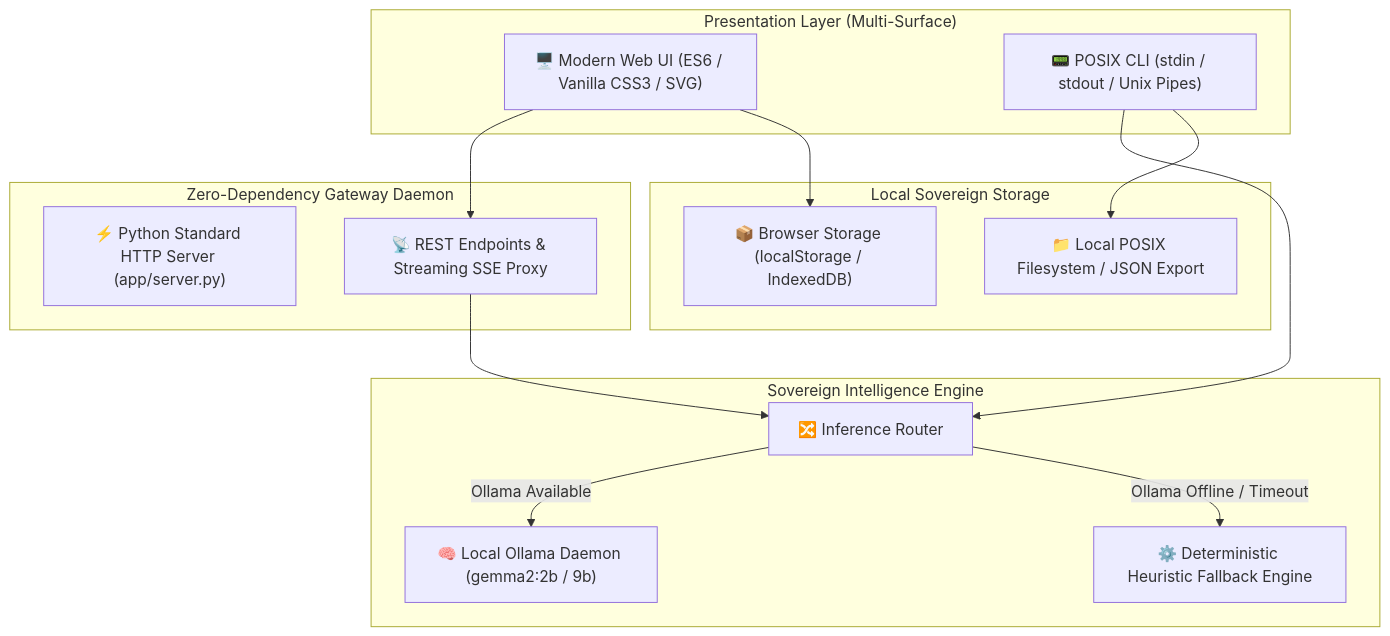
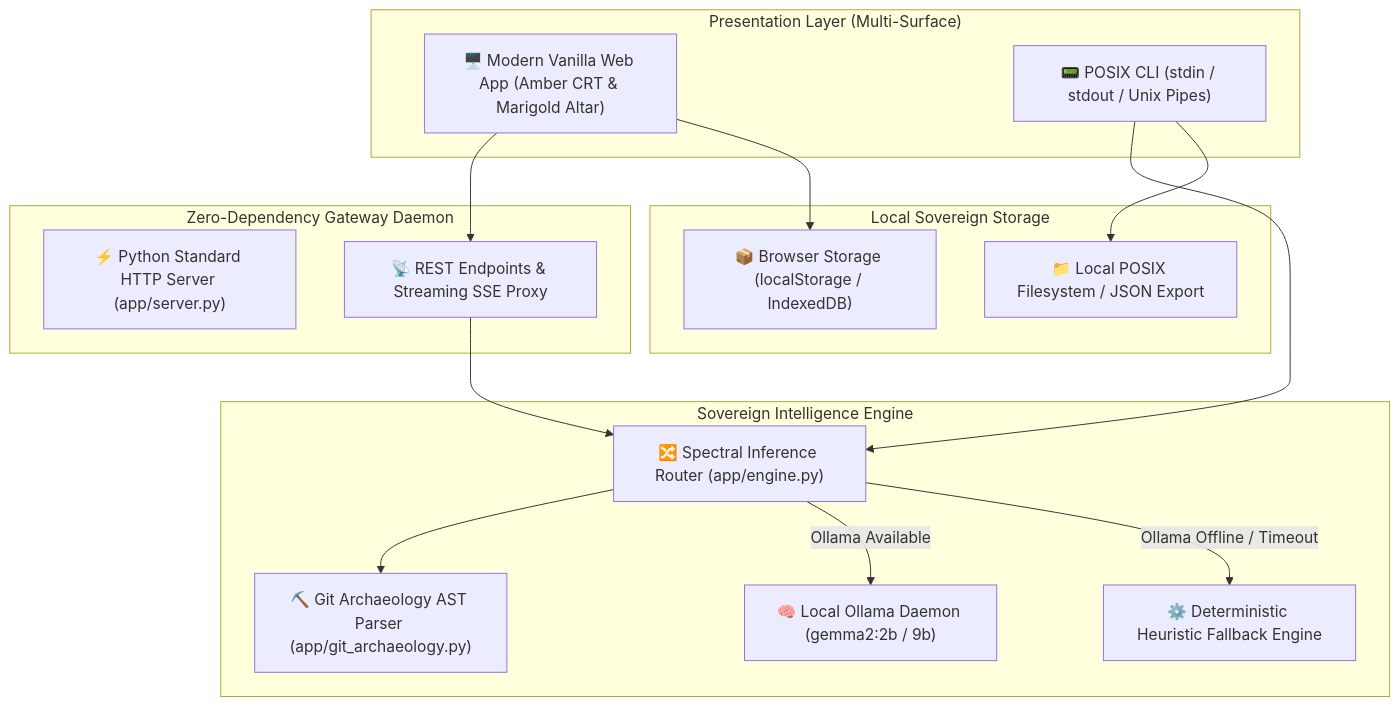
One commit to XiaoArnav/necrogit changed the first of 3 diagrams in ARCHITECTURE.md. Above: the diagram before and after it, drawn with Mermaid. The commit also changed other lines of this file and 3 other files, not shown here.

````diff
--- a/ARCHITECTURE.md
+++ b/ARCHITECTURE.md
@@ -18,31 +19,33 @@
 ```mermaid
 flowchart TD
     subgraph Presentation ["Presentation Layer (Multi-Surface)"]
-        UI["🖥️ Modern Web UI (ES6 / Vanilla CSS3 / SVG)"]
+        UI["🖥️ Modern Vanilla Web App (Amber CRT & Marigold Altar)"]
         CLI["📟 POSIX CLI (stdin / stdout / Unix Pipes)"]
     end
 
     subgraph Gateway ["Zero-Dependency Gateway Daemon"]
         SRV["⚡ Python Standard HTTP Server (app/server.py)"]
         API["📡 REST Endpoints & Streaming SSE Proxy"]
     end
 
     subgraph Engine ["Sovereign Intelligence Engine"]
-        ROUTER["🔀 Inference Router"]
+        EXCAVATOR["⛏️ Git Archaeology AST Parser (app/git_archaeology.py)"]
+        ROUTER["🔀 Spectral Inference Router (app/engine.py)"]
         OLLAMA["🧠 Local Ollama Daemon (gemma2:2b / 9b)"]
         FALLBACK["⚙️ Deterministic Heuristic Fallback Engine"]
     end
 
     subgraph Storage ["Local Sovereign Storage"]
         BROWSER["📦 Browser Storage (localStorage / IndexedDB)"]
         FILES["📁 Local POSIX Filesystem / JSON Export"]
     end
 
     UI --> API
     CLI --> ROUTER
     API --> ROUTER
+    ROUTER --> EXCAVATOR
     ROUTER --> |Ollama Available| OLLAMA
     ROUTER --> |Ollama Offline / Timeout| FALLBACK
     UI --> BROWSER
     CLI --> FILES
 ```
````
